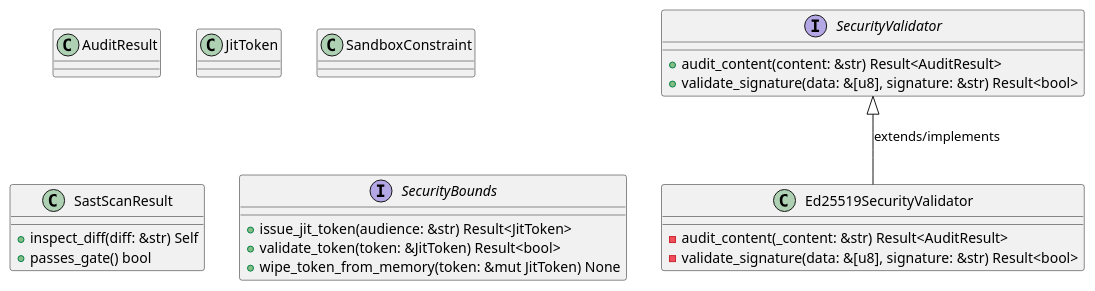
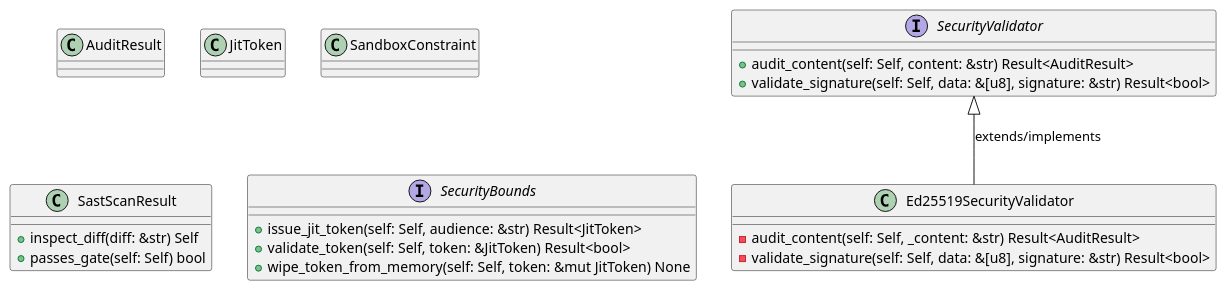
One commit to lgcorzo/rust_CACD_autonomous_factory changed the first of 6 diagrams in openwiki/crates_factory_core_src_security.md. Above: the diagram before and after it, drawn with PlantUML. The commit also changed other lines of this file and 95 other files, not shown here.

````diff
--- a/openwiki/crates_factory_core_src_security.md
+++ b/openwiki/crates_factory_core_src_security.md
@@ -411,29 +416,29 @@
 ```plantuml
 @startuml
 class AuditResult {
 }
 class Ed25519SecurityValidator {
-    -audit_content(_content: &str) Result<AuditResult>
-    -validate_signature(data: &[u8], signature: &str) Result<bool>
+    -audit_content(self: Self, _content: &str) Result<AuditResult>
+    -validate_signature(self: Self, data: &[u8], signature: &str) Result<bool>
 }
 SecurityValidator <|-- Ed25519SecurityValidator : extends/implements
 class JitToken {
 }
 class SandboxConstraint {
 }
 class SastScanResult {
     +inspect_diff(diff: &str) Self
-    +passes_gate() bool
+    +passes_gate(self: Self) bool
 }
 interface SecurityBounds {
-    +issue_jit_token(audience: &str) Result<JitToken>
-    +validate_token(token: &JitToken) Result<bool>
-    +wipe_token_from_memory(token: &mut JitToken) None
+    +issue_jit_token(self: Self, audience: &str) Result<JitToken>
+    +validate_token(self: Self, token: &JitToken) Result<bool>
+    +wipe_token_from_memory(self: Self, token: &mut JitToken) None
 }
 interface SecurityValidator {
-    +audit_content(content: &str) Result<AuditResult>
-    +validate_signature(data: &[u8], signature: &str) Result<bool>
+    +audit_content(self: Self, content: &str) Result<AuditResult>
+    +validate_signature(self: Self, data: &[u8], signature: &str) Result<bool>
 }
 @enduml
 
 ```
````
